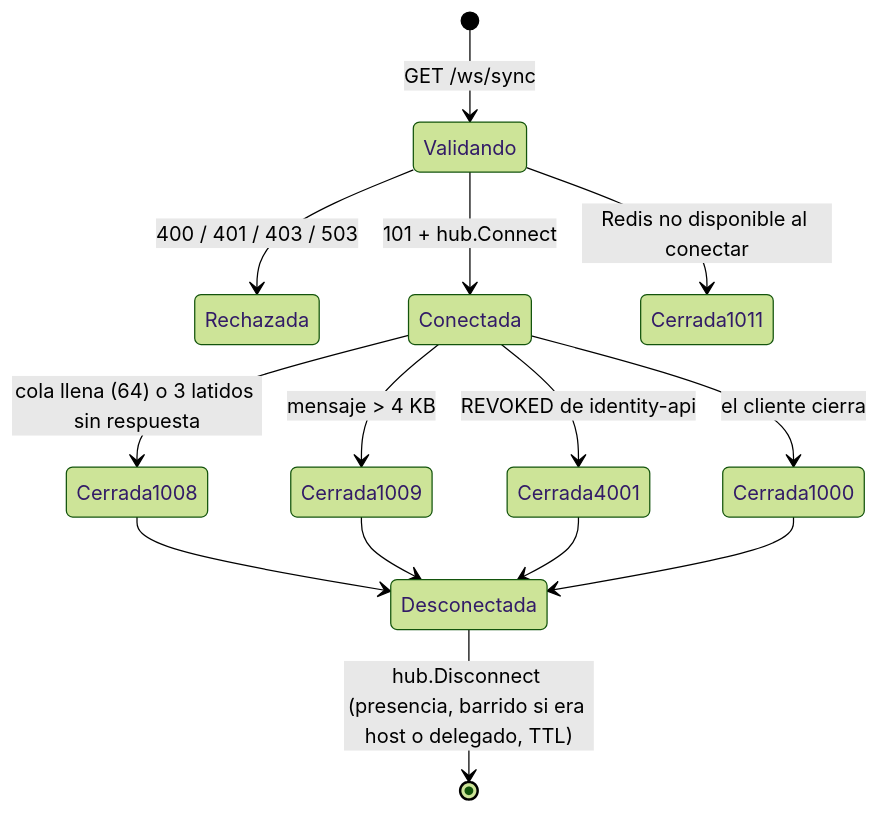
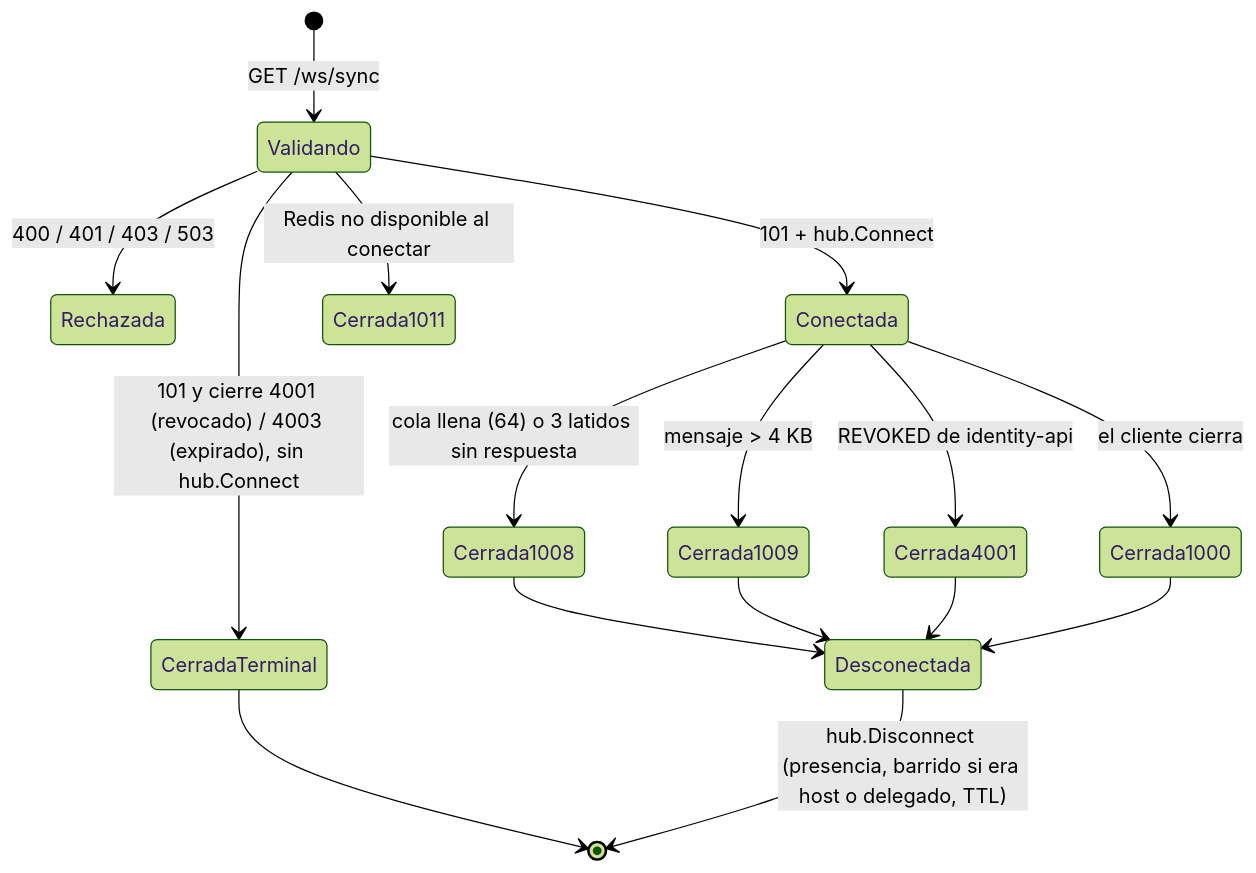
One commit to N1ghtlyC0de/TINT changed diagram 13 of 17 in docs/dominio-reproduccion.md. Above: the diagram before and after it, drawn with Mermaid (forest theme). The commit also changed other lines of this file and 5 other files, not shown here.

````diff
--- a/docs/dominio-reproduccion.md
+++ b/docs/dominio-reproduccion.md
@@ -555,16 +561,18 @@
 ```mermaid
 stateDiagram-v2
     [*] --> Validando: GET /ws/sync
     Validando --> Rechazada: 400 / 401 / 403 / 503
+    Validando --> CerradaTerminal: 101 y cierre 4001 (revocado) / 4003 (expirado), sin hub.Connect
     Validando --> Conectada: 101 + hub.Connect
     Validando --> Cerrada1011: Redis no disponible al conectar
     Conectada --> Cerrada1008: cola llena (64) o 3 latidos sin respuesta
     Conectada --> Cerrada1009: mensaje > 4 KB
     Conectada --> Cerrada4001: REVOKED de identity-api
     Conectada --> Cerrada1000: el cliente cierra
     Cerrada1008 --> Desconectada
     Cerrada1009 --> Desconectada
     Cerrada4001 --> Desconectada
+    CerradaTerminal --> [*]
     Cerrada1000 --> Desconectada
     Desconectada --> [*]: hub.Disconnect (presencia, barrido si era host o delegado, TTL)
 ```
````
